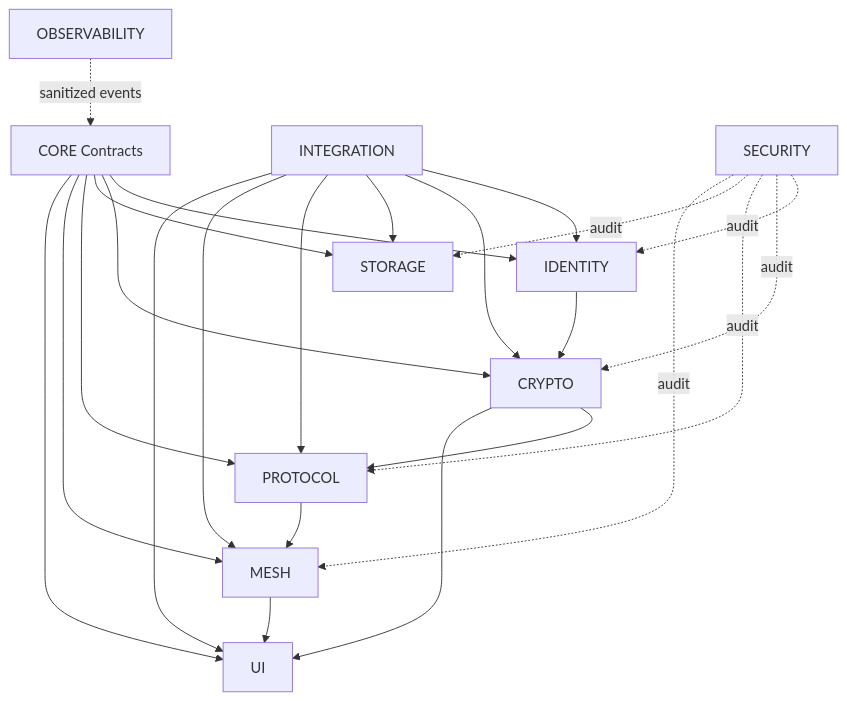
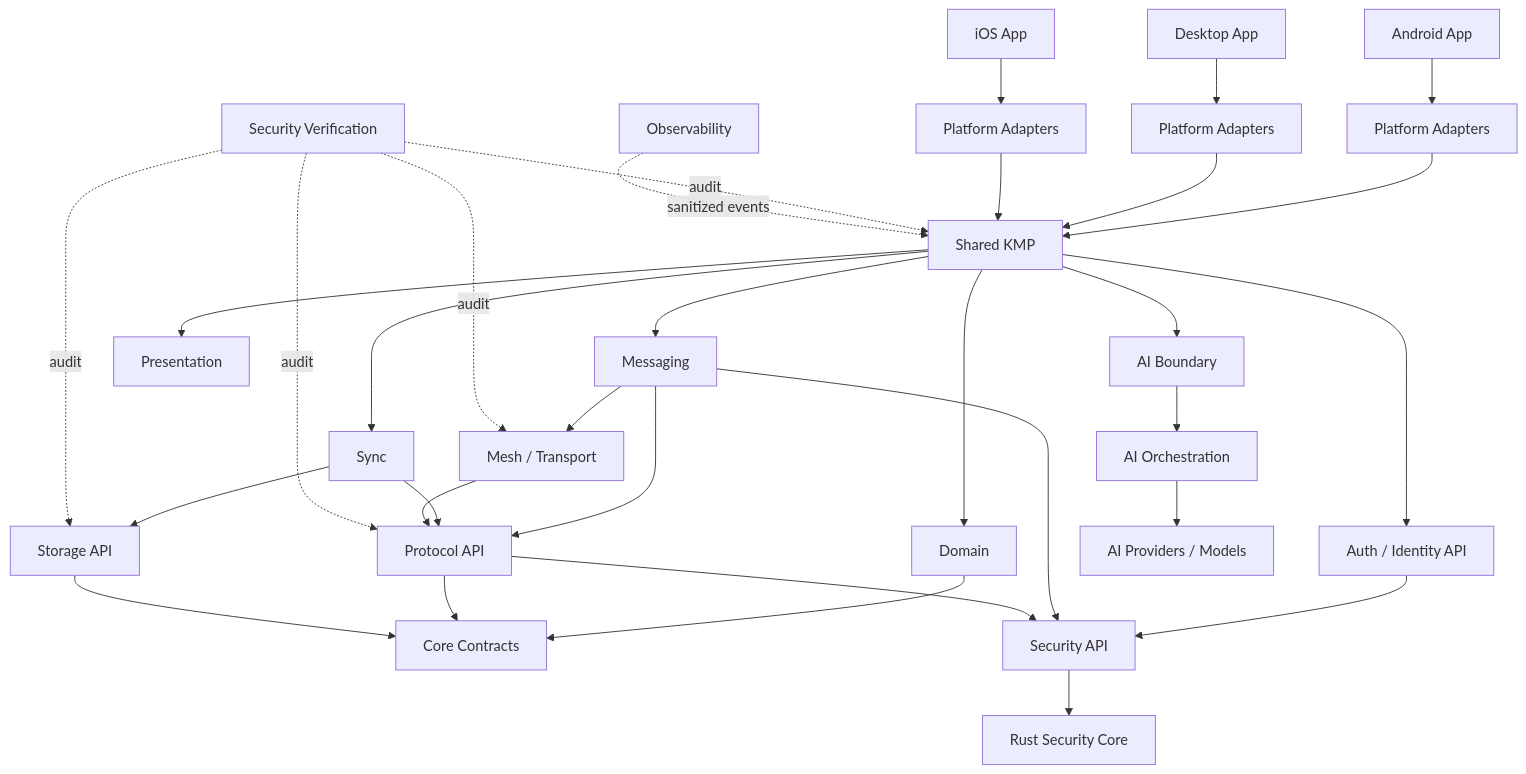
The diagram in docs/03-architecture/DEPENDENCY_GRAPH.md (1AhmadEgy/Eagle), drawn with Mermaid before and after one commit. The commit also changed other lines of this file, not shown here.

Commit message:
docs: define Architecture V2 dependency boundaries

````diff
--- a/docs/03-architecture/DEPENDENCY_GRAPH.md
+++ b/docs/03-architecture/DEPENDENCY_GRAPH.md
@@ -9,36 +9,42 @@
 ```mermaid
 graph TD
-  CORE[CORE Contracts]
-  ID[IDENTITY]
-  CR[CRYPTO]
-  ST[STORAGE]
-  PR[PROTOCOL]
-  ME[MESH]
-  UI[UI]
-  IN[INTEGRATION]
-  SE[SECURITY]
-  OB[OBSERVABILITY]
-  CORE --> ID
-  CORE --> CR
-  CORE --> ST
-  CORE --> PR
-  CORE --> ME
-  CORE --> UI
-  ID --> CR
-  CR --> PR
-  PR --> ME
-  ME --> UI
-  CR --> UI
-  IN --> ID
-  IN --> CR
-  IN --> ST
-  IN --> PR
-  IN --> ME
-  IN --> UI
-  SE -. audit .-> ID
-  SE -. audit .-> CR
-  SE -. audit .-> PR
-  SE -. audit .-> ST
-  SE -. audit .-> ME
-  OB -. sanitized events .-> CORE
+  A[Android App] --> PA[Platform Adapters]
+  D[Desktop App] --> PD[Platform Adapters]
+  I[iOS App] --> PI[Platform Adapters]
+
+  PA --> SH[Shared KMP]
+  PD --> SH
+  PI --> SH
+
+  SH --> DOM[Domain]
+  SH --> AUTH[Auth / Identity API]
+  SH --> MSG[Messaging]
+  SH --> SYN[Sync]
+  SH --> PRES[Presentation]
+
+  DOM --> CC[Core Contracts]
+  AUTH --> SECAPI[Security API]
+  MSG --> PROTO[Protocol API]
+  MSG --> SECAPI
+  SYN --> PROTO
+
+  SECAPI --> RSC[Rust Security Core]
+  PROTO --> CC
+  PROTO --> SECAPI
+
+  MSG --> MESH[Mesh / Transport]
+  SYN --> STORE[Storage API]
+
+  MESH --> PROTO
+  STORE --> CC
+
+  SH --> AIB[AI Boundary]
+  AIB --> AIO[AI Orchestration]
+  AIO --> AIP[AI Providers / Models]
+
+  SEC[Security Verification] -. audit .-> SH
+  SEC -. audit .-> PROTO
+  SEC -. audit .-> MESH
+  SEC -. audit .-> STORE
+  OBS[Observability] -. sanitized events .-> SH
 ```
````
